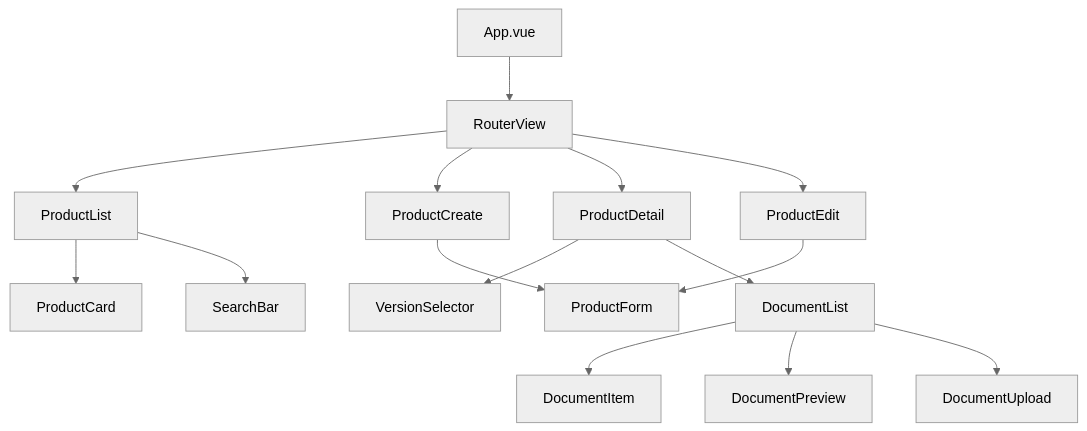
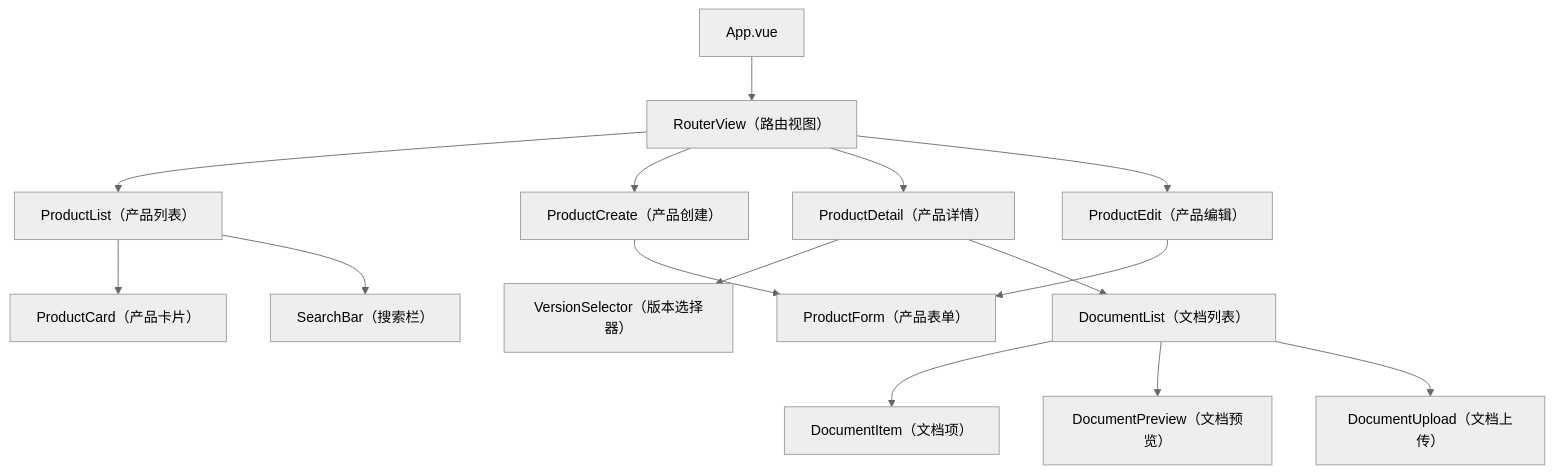
The second of 4 diagrams in .monkeycode/specs/product-management/design.md (dulylau/aikb), drawn with Mermaid (neutral theme) before and after one commit. The commit also changed other lines of this file and 1 other file, not shown here.

Commit message:
docs: translate product-management spec to Chinese Co-authored-by: monkeycode-ai <monkeycode-ai@chaitin.com>

````diff
--- a/.monkeycode/specs/product-management/design.md
+++ b/.monkeycode/specs/product-management/design.md
@@ -30,31 +30,31 @@
 ```mermaid
 graph TD
     A["App.vue"]
-    B["RouterView"]
-    C["ProductList"]
-    D["ProductCreate"]
-    E["ProductDetail"]
-    F["ProductEdit"]
-    G["DocumentPreview"]
-    H["DocumentUpload"]
-    I["ProductCard"]
-    J["ProductForm"]
-    K["VersionSelector"]
-    L["DocumentList"]
-    M["DocumentItem"]
-    N["SearchBar"]
+    B["RouterView（路由视图）"]
+    C["ProductList（产品列表）"]
+    D["ProductCreate（产品创建）"]
+    E["ProductDetail（产品详情）"]
+    F["ProductEdit（产品编辑）"]
+    G["DocumentPreview（文档预览）"]
+    H["DocumentUpload（文档上传）"]
+    I["ProductCard（产品卡片）"]
+    J["ProductForm（产品表单）"]
+    K["VersionSelector（版本选择器）"]
+    L["DocumentList（文档列表）"]
+    M["DocumentItem（文档项）"]
+    N["SearchBar（搜索栏）"]
     A --> B
     B --> C
     B --> D
     B --> E
     B --> F
     C --> I
     C --> N
     D --> J
     E --> K
     E --> L
     F --> J
     L --> M
     L --> G
     L --> H
 ```
````
